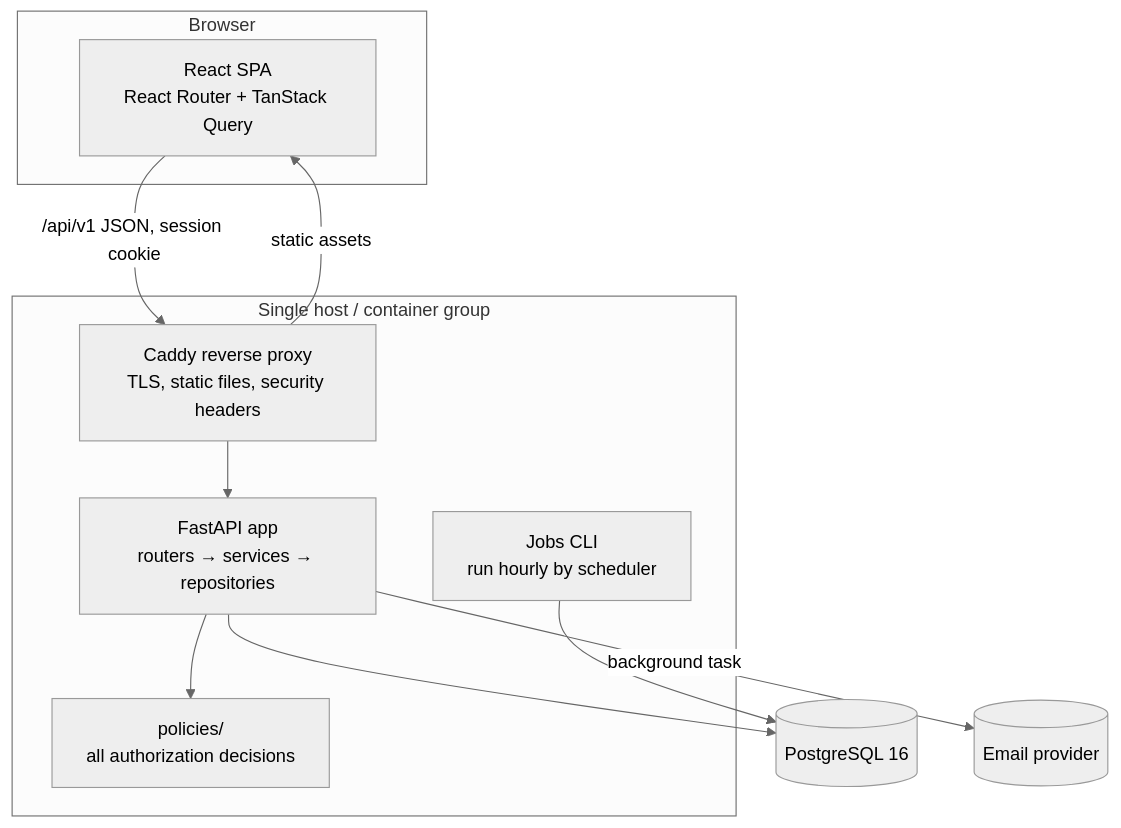
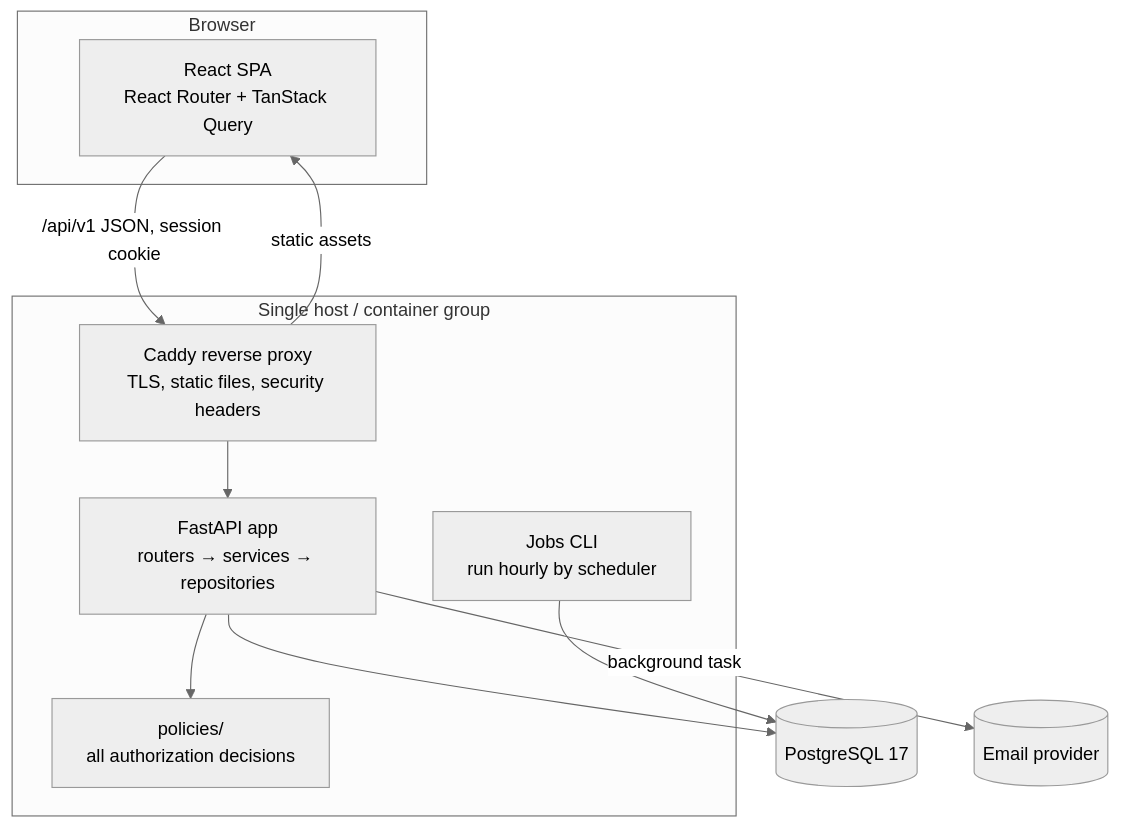
The second of 5 diagrams in architecture.md (lloydaq/CampusSignal-pro), drawn with Mermaid (neutral theme) before and after one commit. The commit also changed other lines of this file and 31 other files, not shown here.

````diff
--- a/architecture.md
+++ b/architecture.md
@@ -41,21 +41,21 @@
 ```mermaid
 flowchart TB
     subgraph Browser
         spa[React SPA<br/>React Router + TanStack Query]
     end
     subgraph Server[Single host / container group]
         proxy[Caddy reverse proxy<br/>TLS, static files, security headers]
         api[FastAPI app<br/>routers → services → repositories]
         pol[policies/<br/>all authorization decisions]
         jobs[Jobs CLI<br/>run hourly by scheduler]
     end
-    db[(PostgreSQL 16)]
+    db[(PostgreSQL 17)]
     mail[(Email provider)]
     spa -- /api/v1 JSON, session cookie --> proxy
     proxy -- static assets --> spa
     proxy --> api
     api --> pol
     api --> db
     jobs --> db
     api -- background task --> mail
 ```
````
